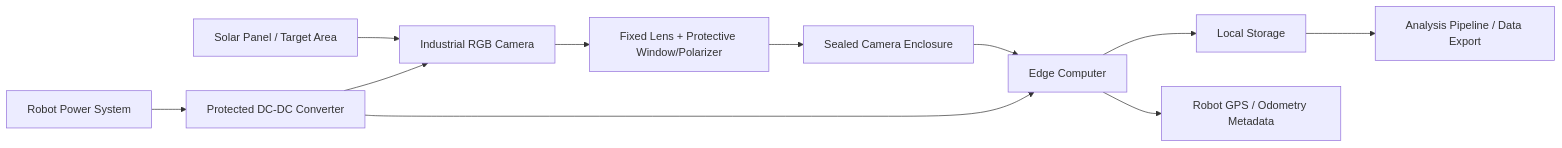
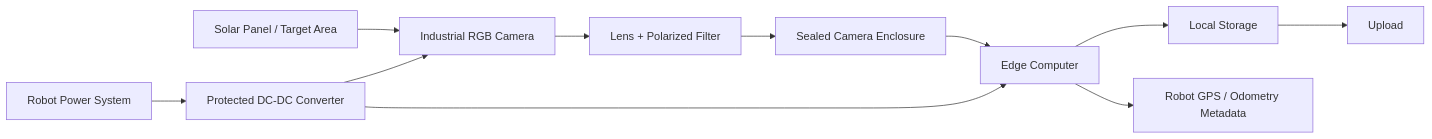
One commit to reachshreek/SunnyboticsCameraIntegration changed the diagram in HardwarePathway&Components.md. Above: the diagram before and after it, drawn with Mermaid. The commit also changed other lines of this file and 2 other files, not shown here.

Commit message:
polarized lens cover

````diff
--- a/HardwarePathway&Components.md
+++ b/HardwarePathway&Components.md
@@ -80,14 +77,14 @@
 ```mermaid
 flowchart LR
     A[Solar Panel / Target Area] --> B[Industrial RGB Camera]
-    B --> C[Fixed Lens + Protective Window/Polarizer]
+    B --> C[Lens + Polarized Filter]
     C --> D[Sealed Camera Enclosure]
     D --> E[Edge Computer]
     E --> F[Local Storage]
     E --> G[Robot GPS / Odometry Metadata]
-    F --> H[Analysis Pipeline / Data Export]
+    F --> H[Upload]
 
     I[Robot Power System] --> J[Protected DC-DC Converter]
     J --> E
     J --> B
 ```
````
